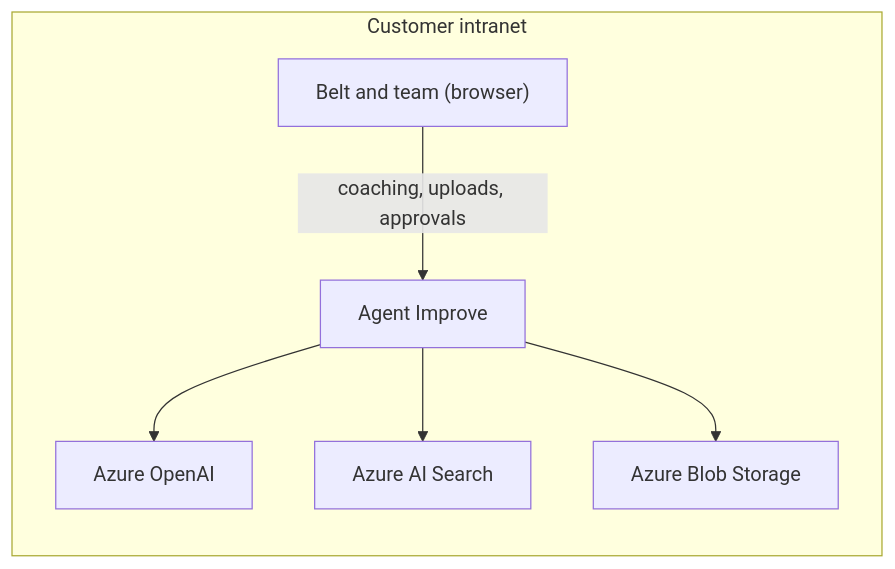
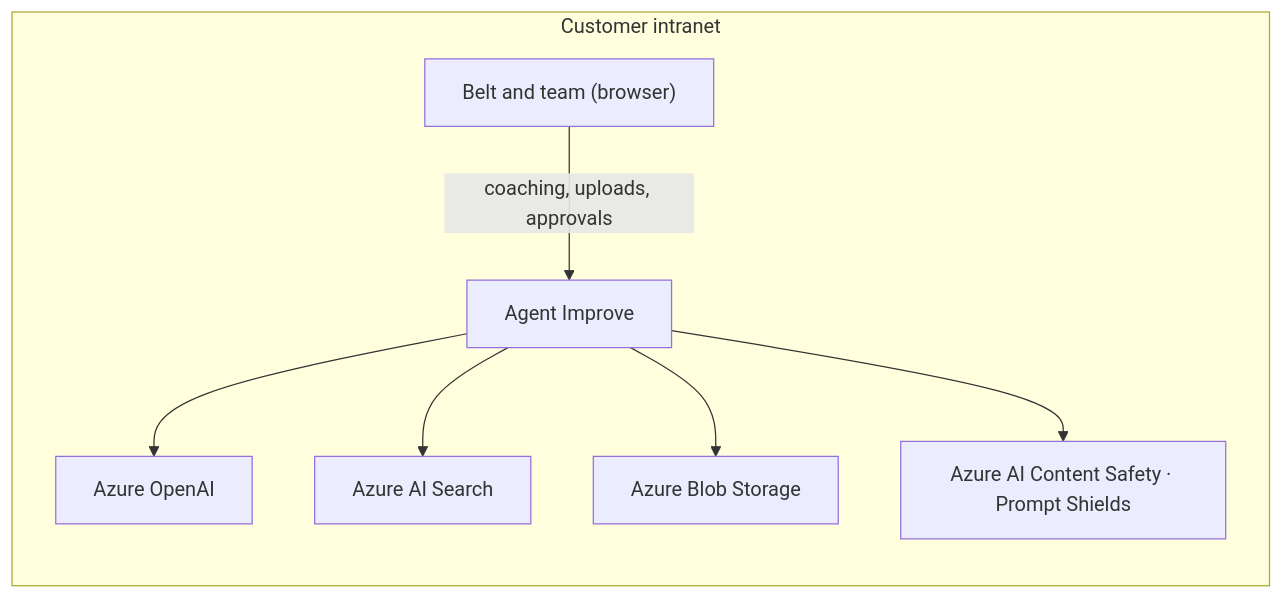
Before and after one commit to vpangalis/agentlean: the first of 9 diagrams in agent-improve/ARCHITECTURE.md, drawn with Mermaid. The commit also changed other lines of this file and 2 other files, not shown here.

````diff
--- a/agent-improve/ARCHITECTURE.md
+++ b/agent-improve/ARCHITECTURE.md
@@ -50,14 +52,16 @@
 ```mermaid
 flowchart LR
   subgraph intranet["Customer intranet"]
     belt["Belt and team (browser)"]
     ai["Agent Improve"]
     aoai["Azure OpenAI"]
     srch["Azure AI Search"]
     blob["Azure Blob Storage"]
+    cs["Azure AI Content Safety · Prompt Shields"]
   end
   belt -- "coaching, uploads, approvals" --> ai
   ai --> aoai
   ai --> srch
   ai --> blob
+  ai --> cs
 ```
````
